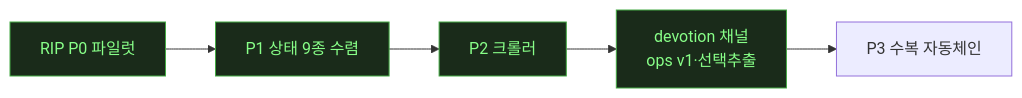
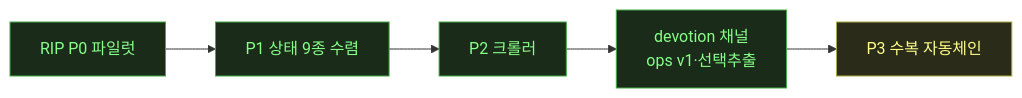
One commit to csbakk/clone-kb changed the diagram in status/notion.md. Above: the diagram before and after it, drawn with Mermaid. The commit also changed other lines of this file, not shown here.

````diff
--- a/status/notion.md
+++ b/status/notion.md
@@ -8,8 +8,9 @@
 ```mermaid
 flowchart LR
     P0["RIP P0 파일럿"] --> P1["P1 상태 9종 수렴"] --> P2["P2 크롤러"] --> CH["devotion 채널<br/>ops v1·선택추출"] --> P3["P3 수복 자동체인"]
     style P0 fill:#1a2b1a,stroke:#4a4,color:#8f8
     style P1 fill:#1a2b1a,stroke:#4a4,color:#8f8
     style P2 fill:#1a2b1a,stroke:#4a4,color:#8f8
     style CH fill:#1a2b1a,stroke:#4a4,color:#8f8
+    style P3 fill:#2b2b1a,stroke:#aa4,color:#ff8
 ```
````
